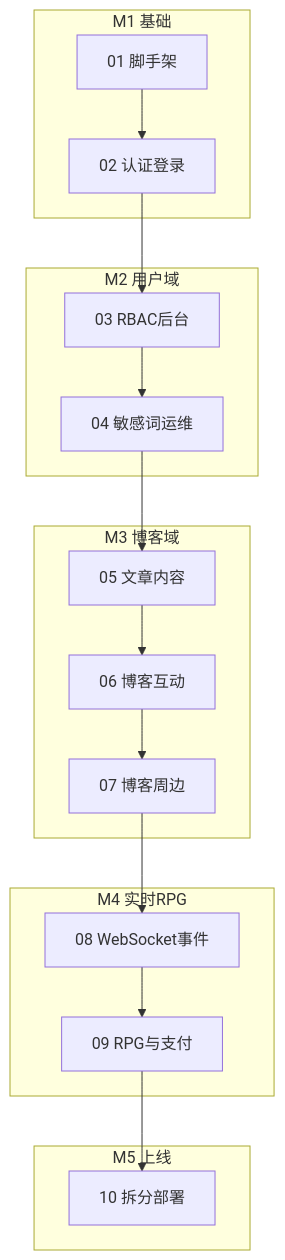
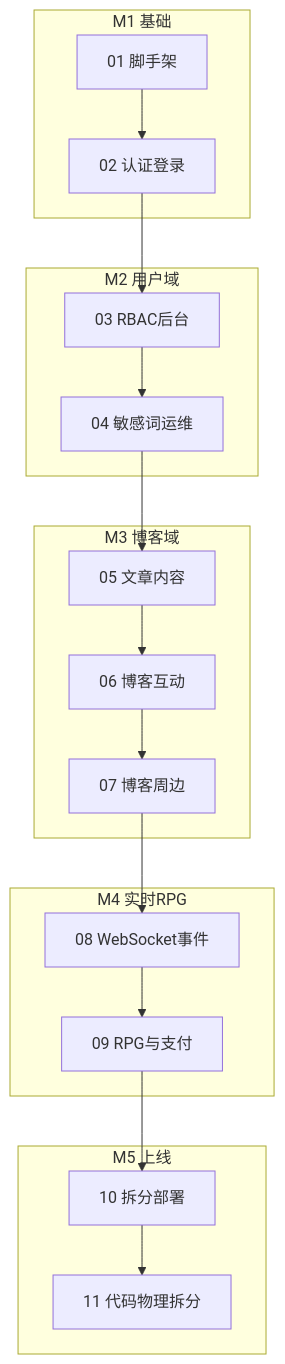
One commit to Jiang-Xia/blog-server-go changed the diagram in .cursor/plans/README.md. Above: the diagram before and after it, drawn with Mermaid. The commit also changed other lines of this file and 7 other files, not shown here.

````diff
--- a/.cursor/plans/README.md
+++ b/.cursor/plans/README.md
@@ -16,24 +16,25 @@
 ```mermaid
 flowchart TB
   subgraph M1 [M1 基础]
     P01["01 脚手架"]
     P02["02 认证登录"]
   end
   subgraph M2 [M2 用户域]
     P03["03 RBAC后台"]
     P04["04 敏感词运维"]
   end
   subgraph M3 [M3 博客域]
     P05["05 文章内容"]
     P06["06 博客互动"]
     P07["07 博客周边"]
   end
   subgraph M4 [M4 实时RPG]
     P08["08 WebSocket事件"]
     P09["09 RPG与支付"]
   end
   subgraph M5 [M5 上线]
     P10["10 拆分部署"]
+    P11["11 代码物理拆分"]
   end
-  P01 --> P02 --> P03 --> P04 --> P05 --> P06 --> P07 --> P08 --> P09 --> P10
+  P01 --> P02 --> P03 --> P04 --> P05 --> P06 --> P07 --> P08 --> P09 --> P10 --> P11
 ```
````
